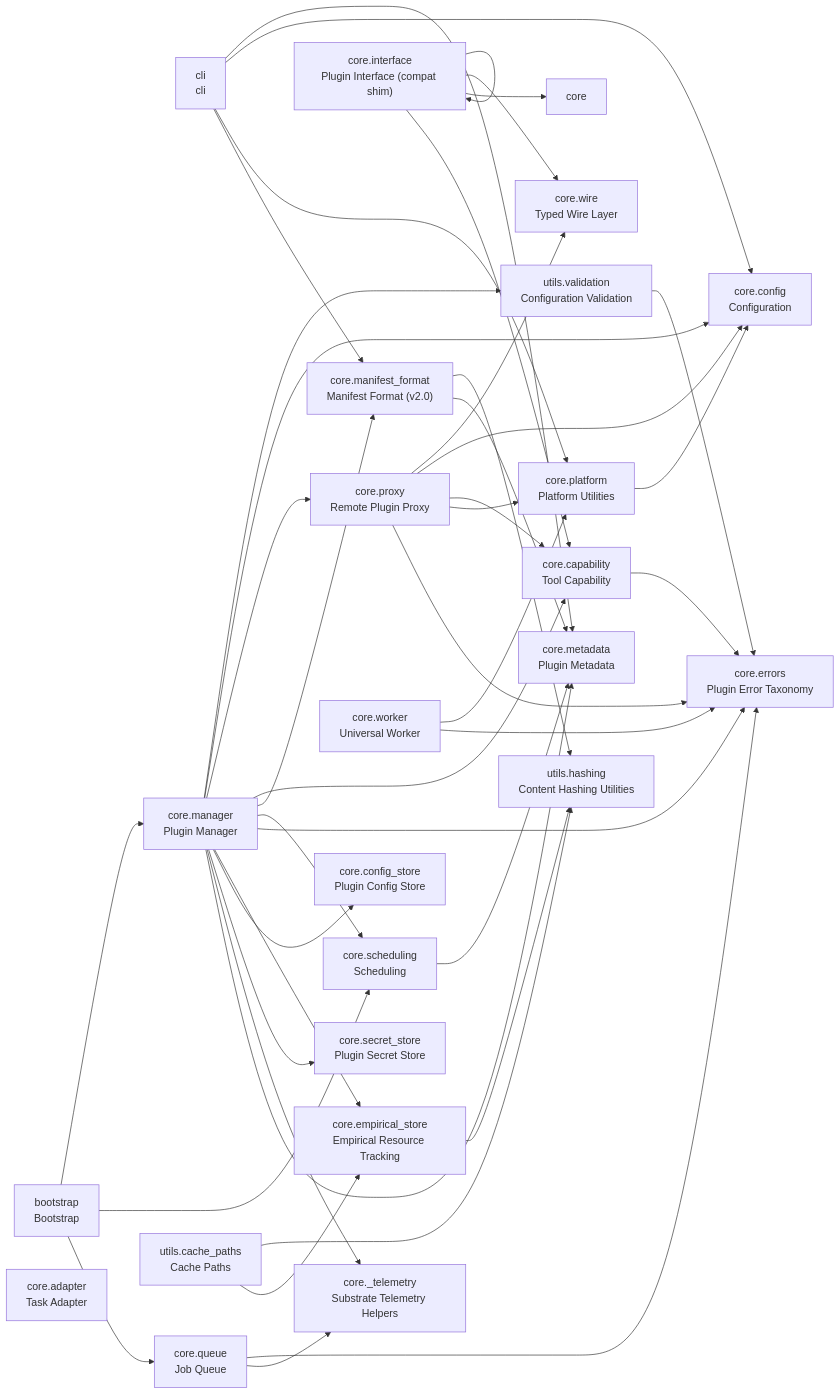
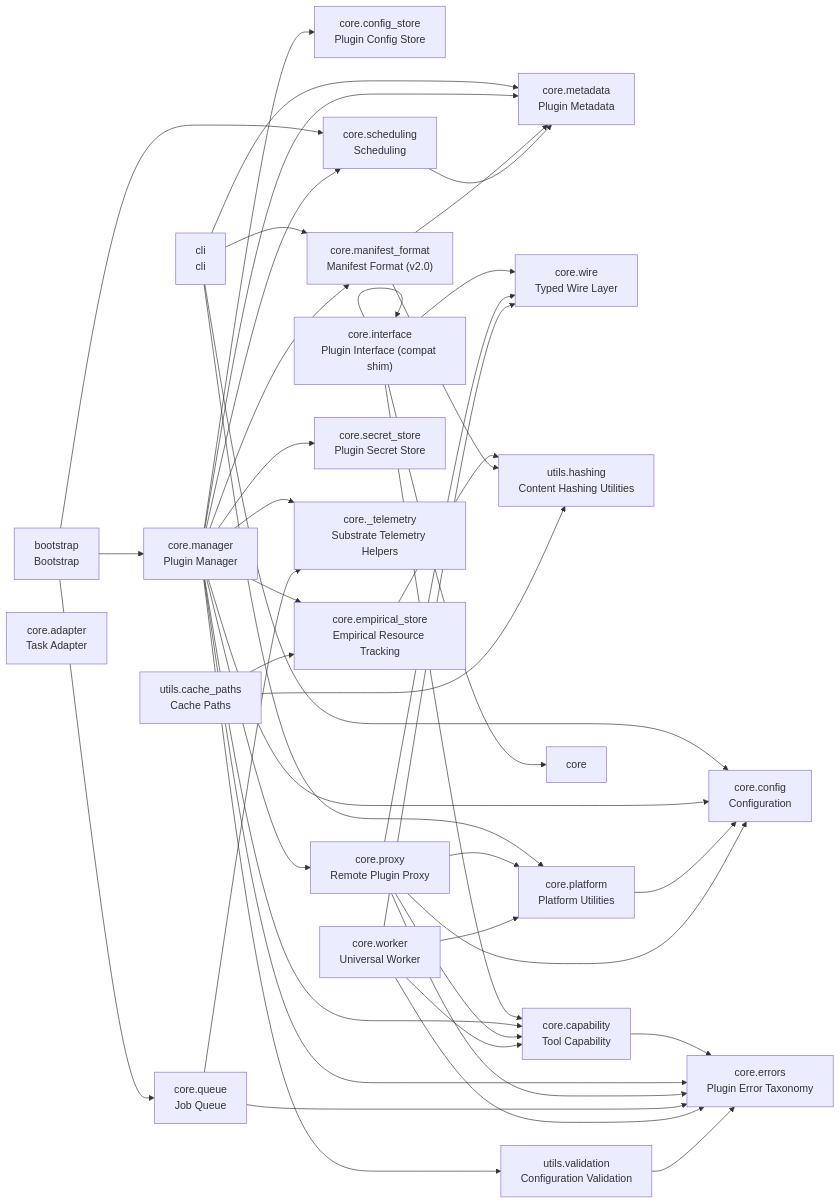
Before and after one commit to cj-mills/cjm-plugin-system: the diagram in README.md, drawn with Mermaid. The commit also changed other lines of this file and 5 other files, not shown here.

````diff
--- a/README.md
+++ b/README.md
@@ -45,68 +45,70 @@
 ``` mermaid
 graph LR
     bootstrap["bootstrap<br/>Bootstrap"]
     cli["cli<br/>cli"]
     core_adapter["core.adapter<br/>Task Adapter"]
     core_capability["core.capability<br/>Tool Capability"]
     core_config["core.config<br/>Configuration"]
     core_config_store["core.config_store<br/>Plugin Config Store"]
     core_empirical_store["core.empirical_store<br/>Empirical Resource Tracking"]
     core_errors["core.errors<br/>Plugin Error Taxonomy"]
     core_interface["core.interface<br/>Plugin Interface (compat shim)"]
     core_manager["core.manager<br/>Plugin Manager"]
     core_manifest_format["core.manifest_format<br/>Manifest Format (v2.0)"]
     core_metadata["core.metadata<br/>Plugin Metadata"]
     core_platform["core.platform<br/>Platform Utilities"]
     core_proxy["core.proxy<br/>Remote Plugin Proxy"]
     core_queue["core.queue<br/>Job Queue"]
     core_scheduling["core.scheduling<br/>Scheduling"]
     core_secret_store["core.secret_store<br/>Plugin Secret Store"]
     core__telemetry["core._telemetry<br/>Substrate Telemetry Helpers"]
     core_wire["core.wire<br/>Typed Wire Layer"]
     core_worker["core.worker<br/>Universal Worker"]
     utils_cache_paths["utils.cache_paths<br/>Cache Paths"]
     utils_hashing["utils.hashing<br/>Content Hashing Utilities"]
     utils_validation["utils.validation<br/>Configuration Validation"]
 
+    bootstrap --> core_manager
+    bootstrap --> core_scheduling
     bootstrap --> core_queue
-    bootstrap --> core_scheduling
-    bootstrap --> core_manager
-    cli --> core_manifest_format
     cli --> core_platform
     cli --> core_config
+    cli --> core_manifest_format
     cli --> core_metadata
     core_capability --> core_errors
     core_empirical_store --> utils_hashing
     core_interface --> core_capability
+    core_interface --> core
     core_interface --> core_interface
-    core_interface --> core
     core_interface --> core_wire
+    core_manager --> core_secret_store
+    core_manager --> core_empirical_store
+    core_manager --> core_scheduling
     core_manager --> core_metadata
+    core_manager --> core_errors
+    core_manager --> core_manifest_format
     core_manager --> core__telemetry
-    core_manager --> core_secret_store
+    core_manager --> core_proxy
     core_manager --> core_config_store
-    core_manager --> core_empirical_store
-    core_manager --> core_errors
-    core_manager --> core_scheduling
-    core_manager --> core_manifest_format
-    core_manager --> core_capability
-    core_manager --> core_proxy
     core_manager --> core_config
     core_manager --> utils_validation
+    core_manager --> core_capability
     core_manifest_format --> core_metadata
     core_manifest_format --> utils_hashing
     core_platform --> core_config
     core_proxy --> core_errors
     core_proxy --> core_platform
+    core_proxy --> core_wire
+    core_proxy --> core_config
     core_proxy --> core_capability
-    core_proxy --> core_config
-    core_proxy --> core_wire
+    core_queue --> core_errors
     core_queue --> core__telemetry
-    core_queue --> core_errors
     core_scheduling --> core_metadata
+    core_worker --> core_capability
     core_worker --> core_errors
+    core_worker --> core_wire
     core_worker --> core_platform
     utils_cache_paths --> core_empirical_store
     utils_cache_paths --> utils_hashing
     utils_validation --> core_errors
 ```
````
